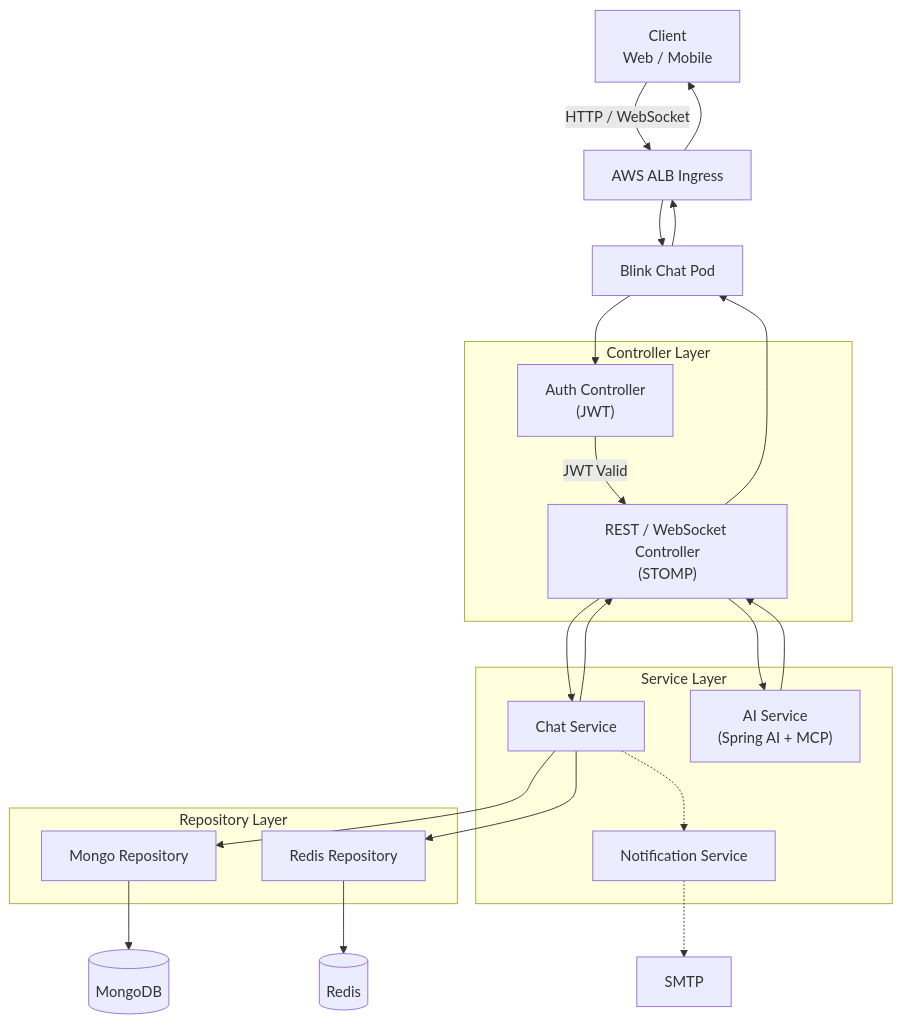
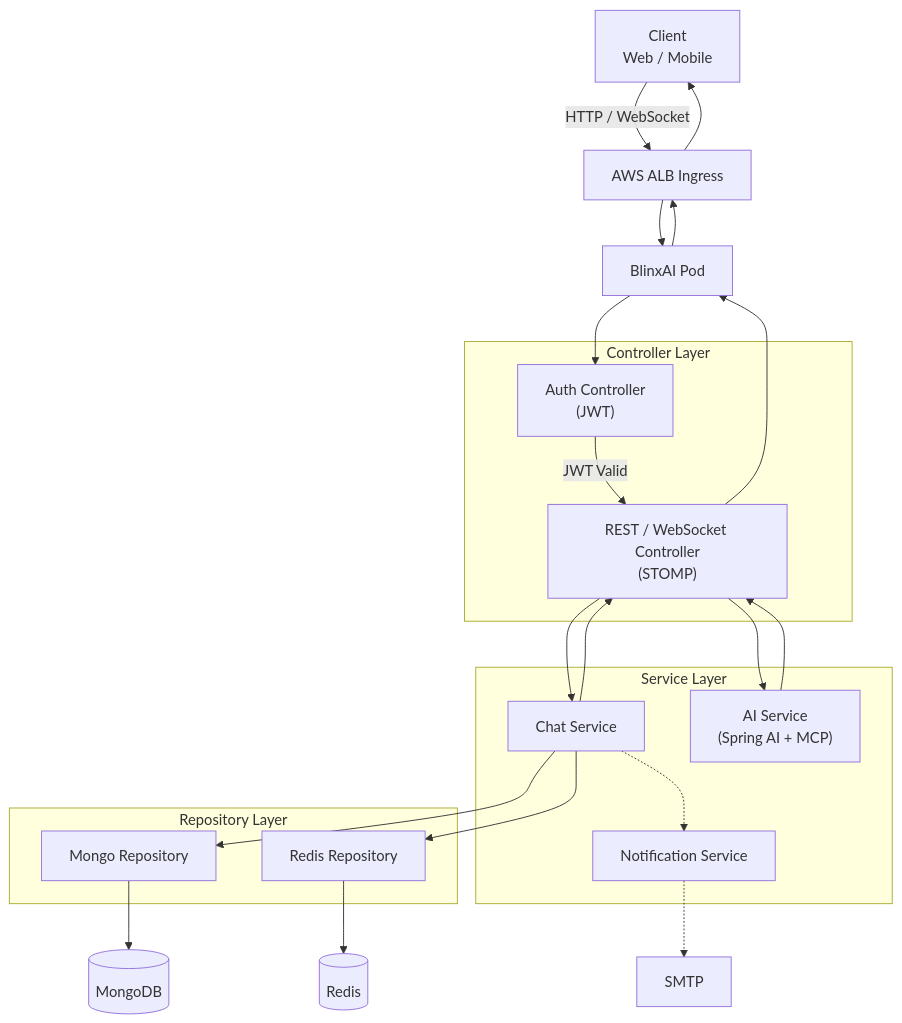
The second of 2 diagrams in README.md (Raajkr07/blinxAI), drawn with Mermaid before and after one commit. The commit also changed other lines of this file and 12 other files, not shown here.

````diff
--- a/README.md
+++ b/README.md
@@ -125,63 +125,63 @@
 ```mermaid
 
 flowchart TD
     Client["Client<br/>Web / Mobile"]
 
     ALB["AWS ALB Ingress"]
-    App["Blink Chat Pod"]
+    App["BlinxAI Pod"]
 
     %% Controller Layer
     subgraph Controller["Controller Layer"]
         AuthCtrl["Auth Controller<br/>(JWT)"]
         ChatCtrl["REST / WebSocket Controller<br/>(STOMP)"]
     end
 
     %% Service Layer
     subgraph Service["Service Layer"]
         ChatSvc["Chat Service"]
         AISvc["AI Service<br/>(Spring AI + MCP)"]
         NotifySvc["Notification Service"]
     end
 
     %% Repository Layer
     subgraph Repository["Repository Layer"]
         MongoRepo["Mongo Repository"]
         RedisRepo["Redis Repository"]
     end
 
     %% External Systems
     DB[(MongoDB)]
     Cache[(Redis)]
     Mail["SMTP"]
 
     %% Request Flow
     Client -->|HTTP / WebSocket| ALB
     ALB --> App
     App --> AuthCtrl
 
     AuthCtrl -->|JWT Valid| ChatCtrl
 
     %% Controller → Service
     ChatCtrl --> ChatSvc
     ChatCtrl --> AISvc
 
     %% Service → Repository
     ChatSvc --> MongoRepo
     ChatSvc --> RedisRepo
 
     %% Repository → External
     MongoRepo --> DB
     RedisRepo --> Cache
 
     %% Optional Notification
     ChatSvc -.-> NotifySvc
     NotifySvc -.-> Mail
 
     %% Response Flow
     AISvc --> ChatCtrl
     ChatSvc --> ChatCtrl
     ChatCtrl --> App
     App --> ALB
     ALB --> Client
 
 ```
````
